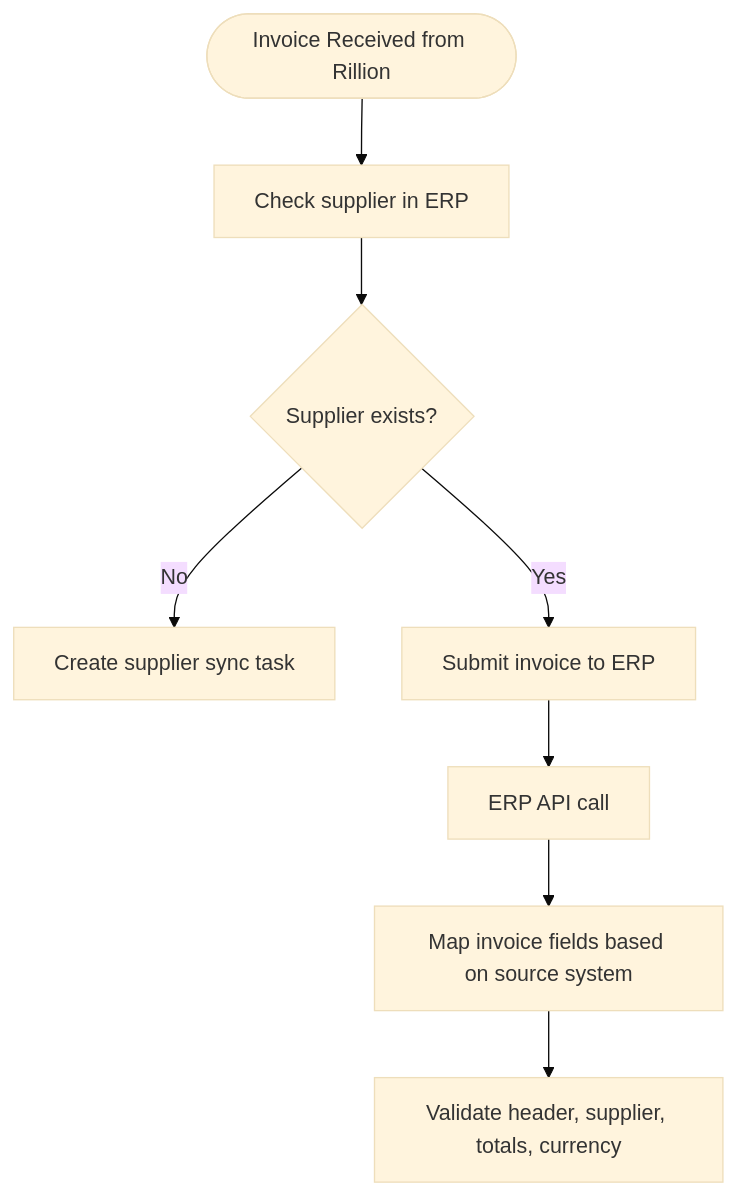
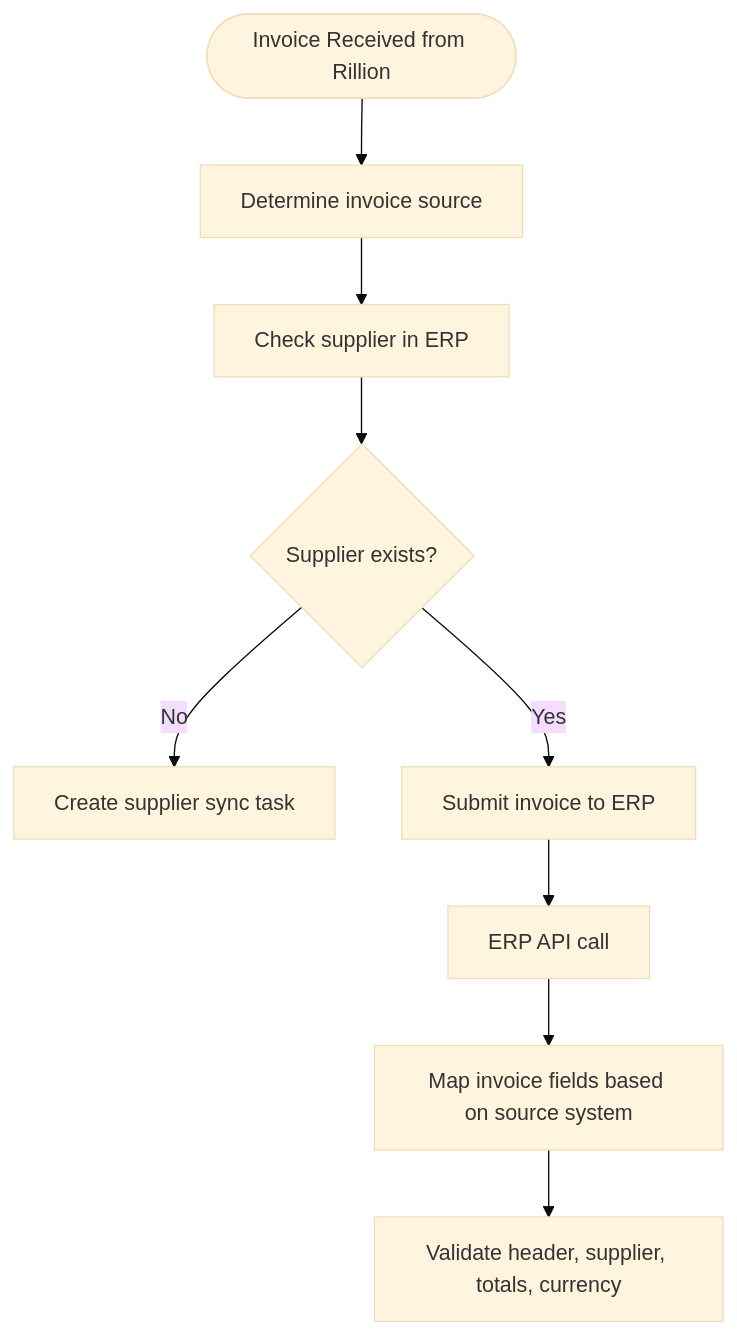
One commit to nasiradeel183-sketch/Connect-Invoice-Flow changed the diagram in docs/flowchart.mmd. Above: the diagram before and after it, drawn with Mermaid (base theme). The commit also changed 1 other file, not shown here.

Commit message:
Auto-update flowchart

```diff
--- a/docs/flowchart.mmd
+++ b/docs/flowchart.mmd
@@ -1,16 +1,18 @@
 flowchart TD
     N0(["Invoice Received from Rillion"])
-    N1["Check supplier in ERP"]
-    N2{"Supplier exists?"}
-    N3["Create supplier sync task"]
-    N4["Submit invoice to ERP"]
-    N5["ERP API call"]
-    N6["Map invoice fields based on source system"]
-    N7["Validate header, supplier, totals, currency"]
+    N1["Determine invoice source"]
+    N2["Check supplier in ERP"]
+    N3{"Supplier exists?"}
+    N4["Create supplier sync task"]
+    N5["Submit invoice to ERP"]
+    N6["ERP API call"]
+    N7["Map invoice fields based on source system"]
+    N8["Validate header, supplier, totals, currency"]
     N0 --> N1
     N1 --> N2
-    N2 -->|No| N3
-    N2 -->|Yes| N4
-    N4 --> N5
+    N2 --> N3
+    N3 -->|No| N4
+    N3 -->|Yes| N5
     N5 --> N6
     N6 --> N7
+    N7 --> N8
```
